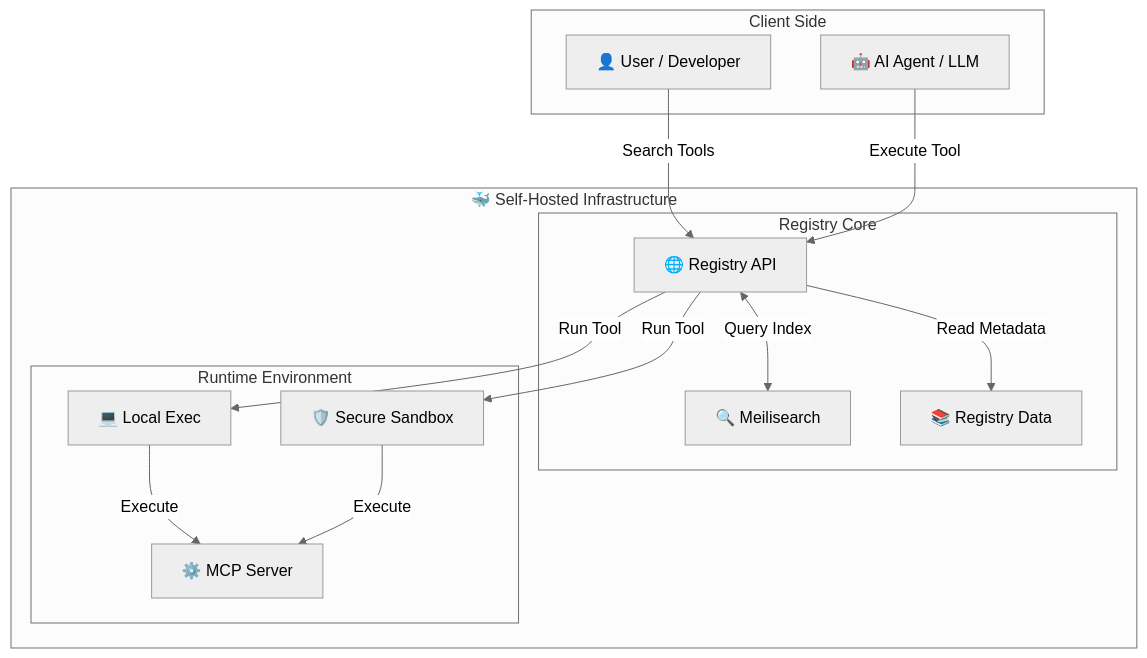
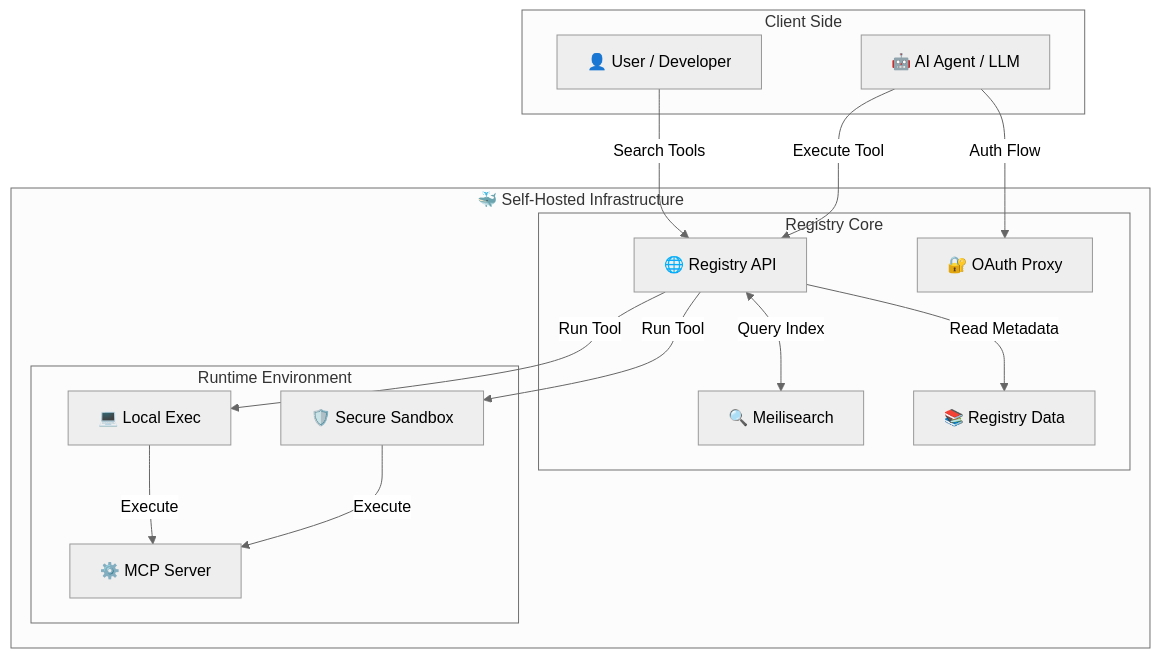
Before and after one commit to SergiuPogor/toolsdk-mcp-registry: the diagram in README.md, drawn with Mermaid (neutral theme). The commit also changed other lines of this file and 1 other file, not shown here.

````diff
--- a/README.md
+++ b/README.md
@@ -192,31 +169,33 @@
 ```mermaid
 graph TD
     subgraph ClientSide ["Client Side"]
         LLM["🤖 AI Agent / LLM"]
         User["👤 User / Developer"]
     end
 
     subgraph DockerEnv ["🐳 Self-Hosted Infrastructure"]
         
         subgraph RegistryCore ["Registry Core"]
             API["🌐 Registry API"]
             Search["🔍 Meilisearch"]
             DB["📚 Registry Data"]
+            OAuth["🔐 OAuth Proxy"]
         end
 
         subgraph RuntimeEnv ["Runtime Environment"]
             Local["💻 Local Exec"]
             Sandbox["🛡️ Secure Sandbox"]
             MCPServer["⚙️ MCP Server"]
         end
     end
 
     User -->|Search Tools| API
     LLM -->|Execute Tool| API
+    LLM -->|Auth Flow| OAuth
     API <-->|Query Index| Search
     API -->|Read Metadata| DB
     API -->|Run Tool| Local
     API -->|Run Tool| Sandbox
     Local -->|Execute| MCPServer
     Sandbox -->|Execute| MCPServer
 ```
````
